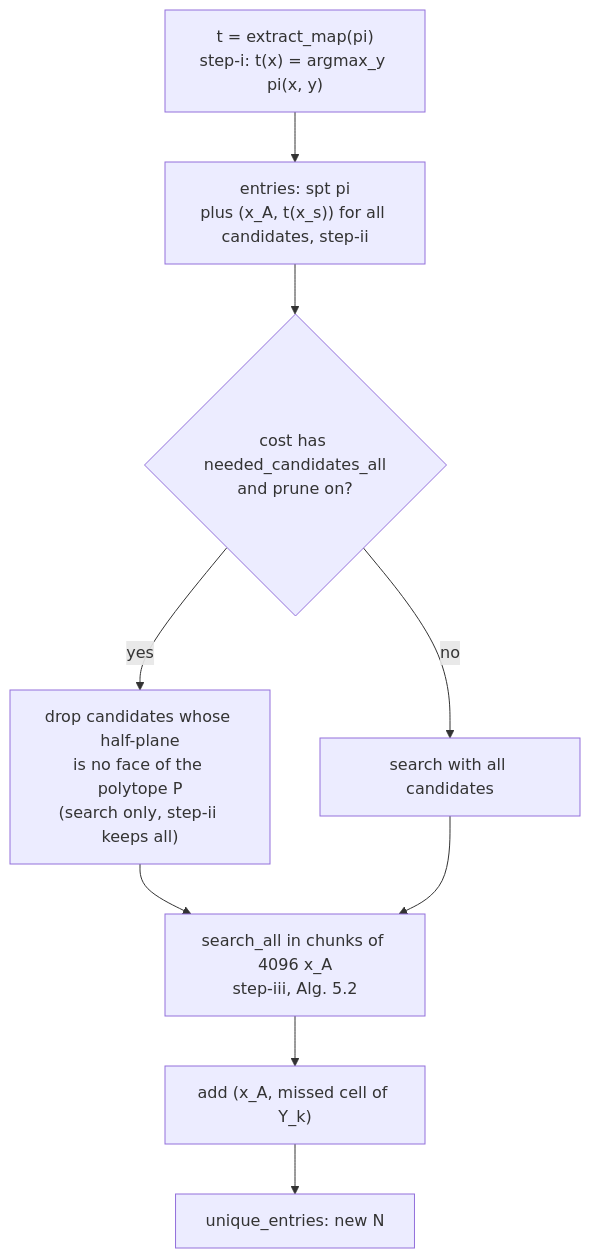
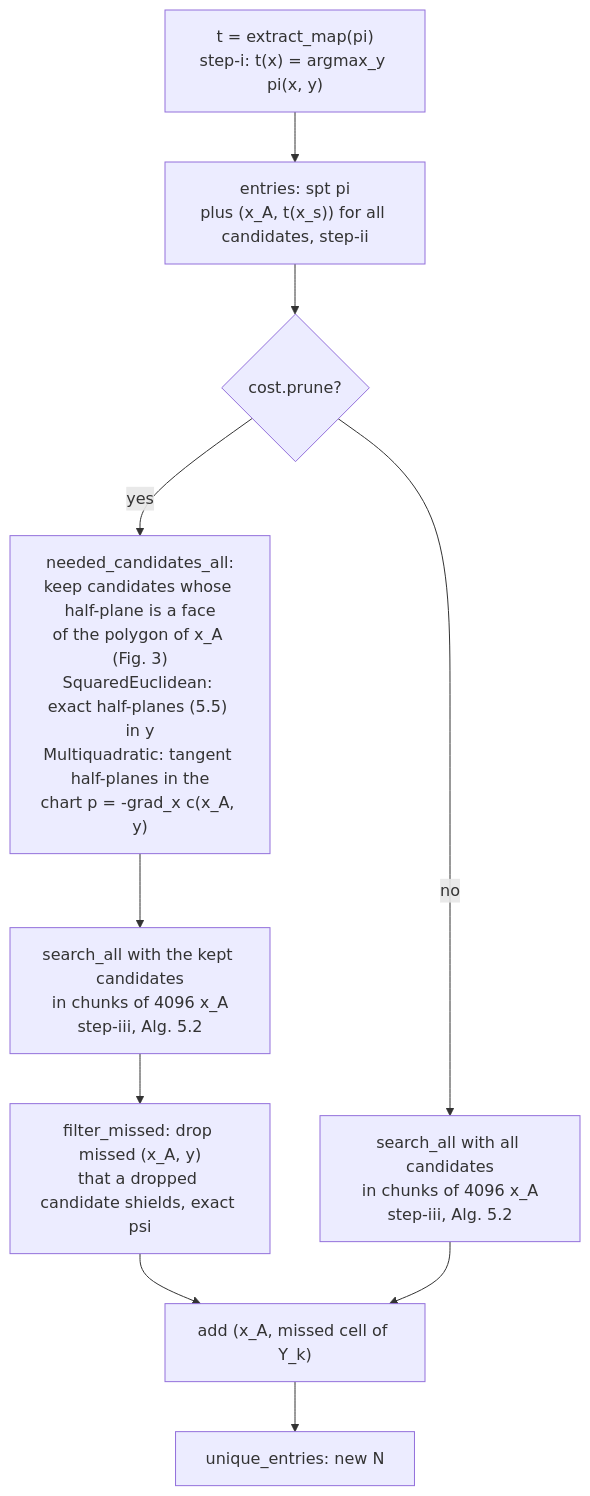
Before and after one commit to BenediktKaltenbach/multiscale_dicrete_ot: the sixth of 9 diagrams in docs/flowchart.md, drawn with Mermaid. The commit also changed other lines of this file, not shown here.

Commit message:
flowchart: multiquadratic cost, FacePruning and filter_missed

````diff
--- a/docs/flowchart.md
+++ b/docs/flowchart.md
@@ -85,11 +86,12 @@
 ```mermaid
 flowchart TB
     A["t = extract_map(pi)<br/>step-i: t(x) = argmax_y pi(x, y)"] --> B["entries: spt pi<br/>plus (x_A, t(x_s)) for all candidates, step-ii"]
-    B --> C{"cost has needed_candidates_all<br/>and prune on?"}
-    C -- yes --> D["drop candidates whose half-plane<br/>is no face of the polytope P<br/>(search only, step-ii keeps all)"]
-    C -- no --> E["search with all candidates"]
-    D --> F["search_all in chunks of 4096 x_A<br/>step-iii, Alg. 5.2"]
-    E --> F
-    F --> G["add (x_A, missed cell of Y_k)"]
+    B --> C{"cost.prune?"}
+    C -- yes --> D["needed_candidates_all:<br/>keep candidates whose half-plane is a face<br/>of the polygon of x_A (Fig. 3)<br/>SquaredEuclidean: exact half-planes (5.5) in y<br/>Multiquadratic: tangent half-planes in the<br/>chart p = -grad_x c(x_A, y)"]
+    C -- no --> E["search_all with all candidates<br/>in chunks of 4096 x_A<br/>step-iii, Alg. 5.2"]
+    D --> F["search_all with the kept candidates<br/>in chunks of 4096 x_A<br/>step-iii, Alg. 5.2"]
+    F --> L["filter_missed: drop missed (x_A, y)<br/>that a dropped candidate shields, exact psi"]
+    L --> G["add (x_A, missed cell of Y_k)"]
+    E --> G
     G --> H["unique_entries: new N"]
 ```
````
